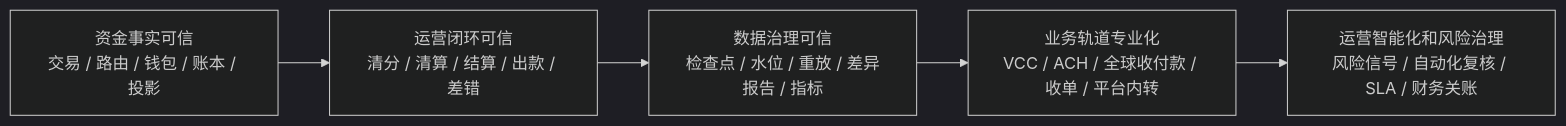
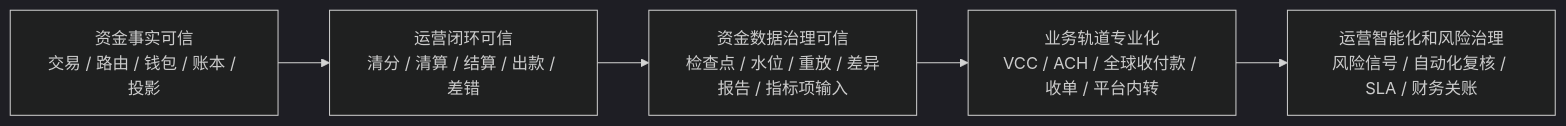
One commit to fengwuxp/wind-funds changed the ninth of 9 diagrams in docs/产品设计/01-PRD总览.md. Above: the diagram before and after it, drawn with Mermaid (dark theme). The commit also changed other lines of this file and 69 other files, not shown here.

````diff
--- a/docs/产品设计/01-PRD总览.md
+++ b/docs/产品设计/01-PRD总览.md
@@ -617,7 +617,7 @@
 ```mermaid
 flowchart LR
     Base["资金事实可信\n交易 / 路由 / 钱包 / 账本 / 投影"] --> Ops["运营闭环可信\n清分 / 清算 / 结算 / 出款 / 差错"]
-    Ops --> Data["数据治理可信\n检查点 / 水位 / 重放 / 差异报告 / 指标"]
+    Ops --> Data["资金数据治理可信\n检查点 / 水位 / 重放 / 差异报告 / 指标项输入"]
     Data --> Rails["业务轨道专业化\nVCC / ACH / 全球收付款 / 收单 / 平台内转"]
     Rails --> Smart["运营智能化和风险治理\n风险信号 / 自动化复核 / SLA / 财务关账"]
 ```
````
